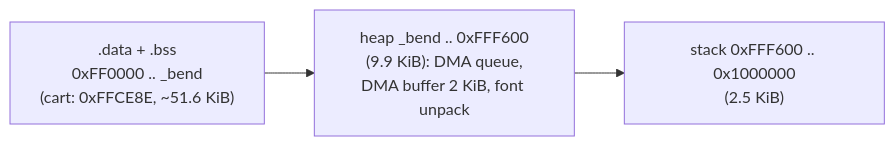
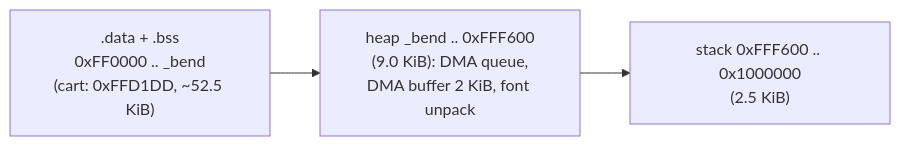
One commit to jfryman/mega-wifi-radar changed the diagram in lode/build/ram-budget.md. Above: the diagram before and after it, drawn with Mermaid. The commit also changed 72 other files, not shown here.

````diff
--- a/lode/build/ram-budget.md
+++ b/lode/build/ram-budget.md
@@ -8,5 +8,5 @@
 ```mermaid
 flowchart LR
-  S[".data + .bss<br/>0xFF0000 .. _bend<br/>(cart: 0xFFCE8E, ~51.6 KiB)"] --> H["heap _bend .. 0xFFF600<br/>(9.9 KiB): DMA queue,<br/>DMA buffer 2 KiB, font unpack"]
+  S[".data + .bss<br/>0xFF0000 .. _bend<br/>(cart: 0xFFD1DD, ~52.5 KiB)"] --> H["heap _bend .. 0xFFF600<br/>(9.0 KiB): DMA queue,<br/>DMA buffer 2 KiB, font unpack"]
   H --> K["stack 0xFFF600 .. 0x1000000<br/>(2.5 KiB)"]
 ```
````
